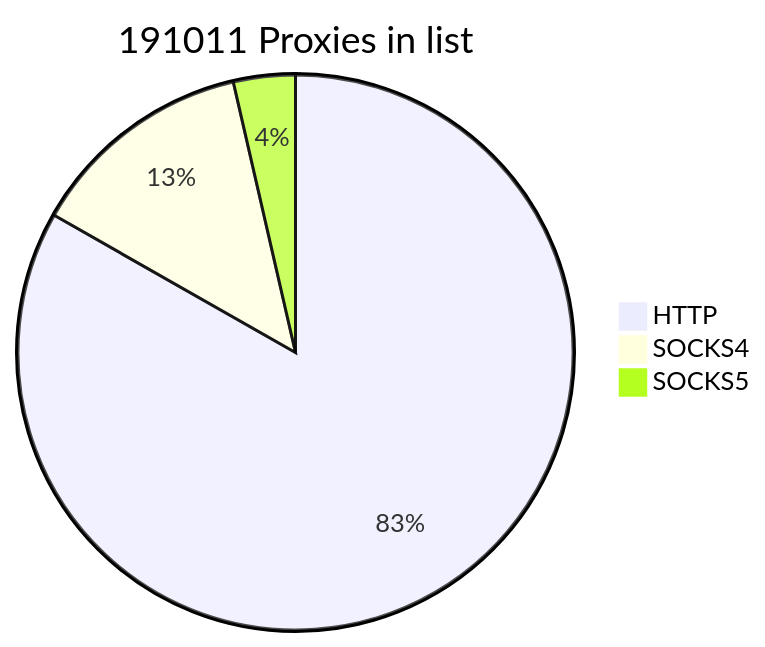
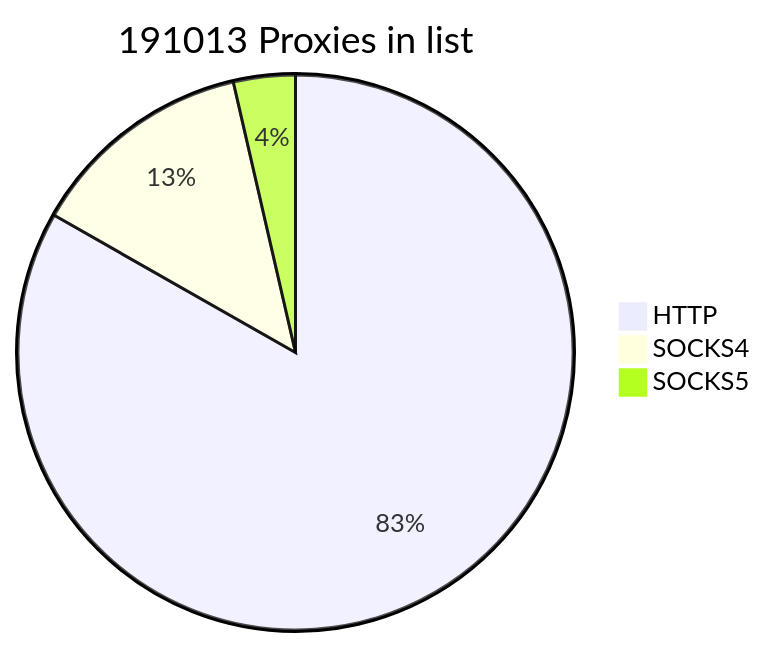
Before and after one commit to cutipu/proxylist: the first of 2 diagrams in README.md, drawn with Mermaid. The commit also changed other lines of this file, not shown here.

````diff
--- a/README.md
+++ b/README.md
@@ -2,7 +2,7 @@
 ```mermaid
-pie title 191011 Proxies in list
-    "HTTP" : 158982
+pie title 191013 Proxies in list
+    "HTTP" : 158984
     "SOCKS4" : 25160
     "SOCKS5" : 6869
             
 ```
````
